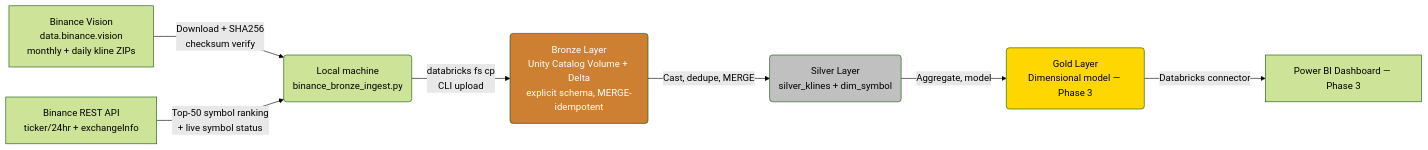
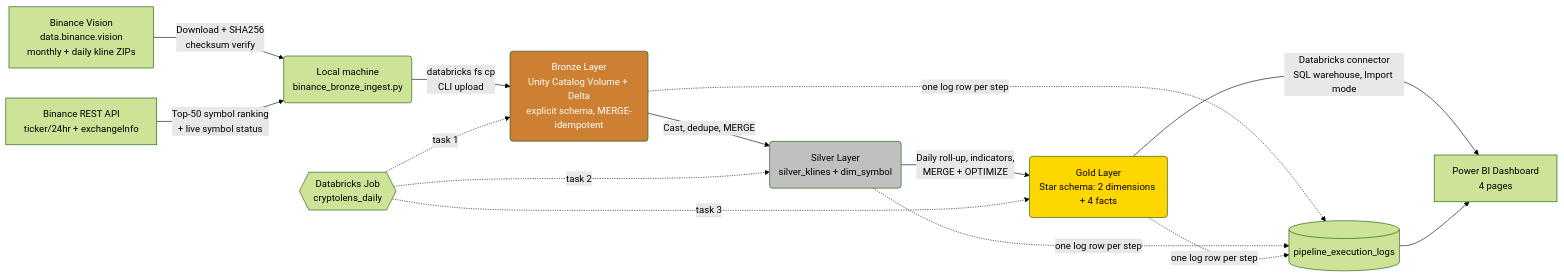
The diagram in README.md (x-abdullah-saeed-x/CryptoLens), drawn with Mermaid (forest theme) before and after one commit. The commit also changed other lines of this file and 8 other files, not shown here.

````diff
--- a/README.md
+++ b/README.md
@@ -31,13 +31,18 @@
 ```mermaid
 flowchart LR
     A[Binance Vision<br/>data.binance.vision<br/>monthly + daily kline ZIPs] -->|Download + SHA256<br/>checksum verify| L(Local machine<br/>binance_bronze_ingest.py)
     X[Binance REST API<br/>ticker/24hr + exchangeInfo] -->|Top-50 symbol ranking<br/>+ live symbol status| L
     L -->|databricks fs cp<br/>CLI upload| B(Bronze Layer<br/>Unity Catalog Volume + Delta<br/>explicit schema, MERGE-idempotent)
     B -->|Cast, dedupe, MERGE| C(Silver Layer<br/>silver_klines + dim_symbol)
-    C -->|Aggregate, model| D(Gold Layer<br/>Dimensional model — Phase 3)
-    D -->|Databricks connector| E[Power BI Dashboard — Phase 3]
+    C -->|Daily roll-up, indicators,<br/>MERGE + OPTIMIZE| D(Gold Layer<br/>Star schema: 2 dimensions + 4 facts)
+    D -->|Databricks connector<br/>SQL warehouse, Import mode| E[Power BI Dashboard<br/>4 pages]
+    J{{Databricks Job<br/>cryptolens_daily}} -.->|task 1| B
+    J -.->|task 2| C
+    J -.->|task 3| D
+    B & C & D -.->|one log row per step| G[(pipeline_execution_logs)]
+    G --> E
 
     style B fill:#cd7f32,color:#fff
     style C fill:#c0c0c0,color:#000
     style D fill:#ffd700,color:#000
 ```
````
